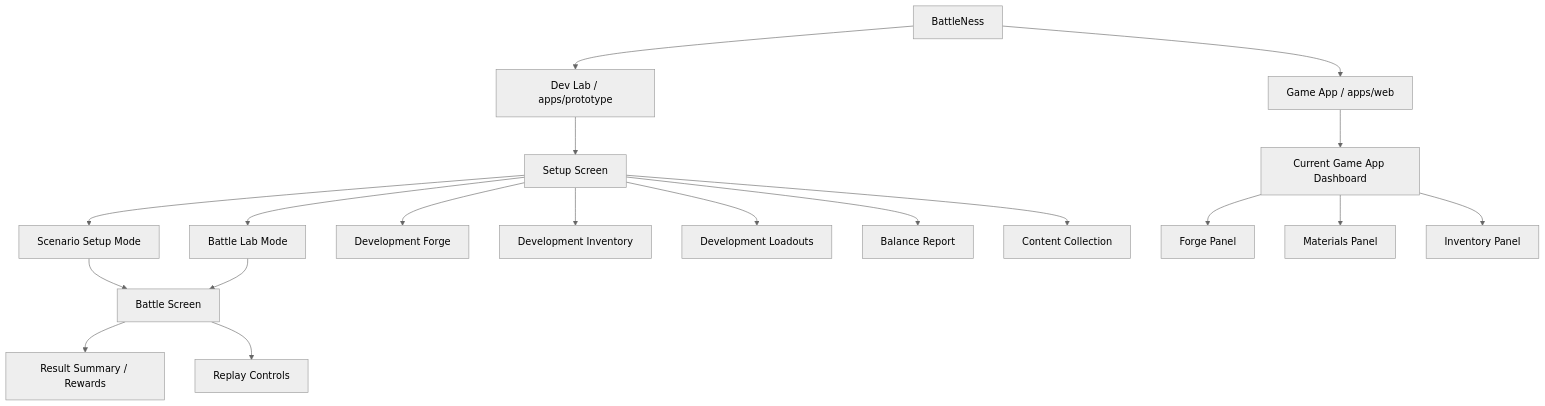
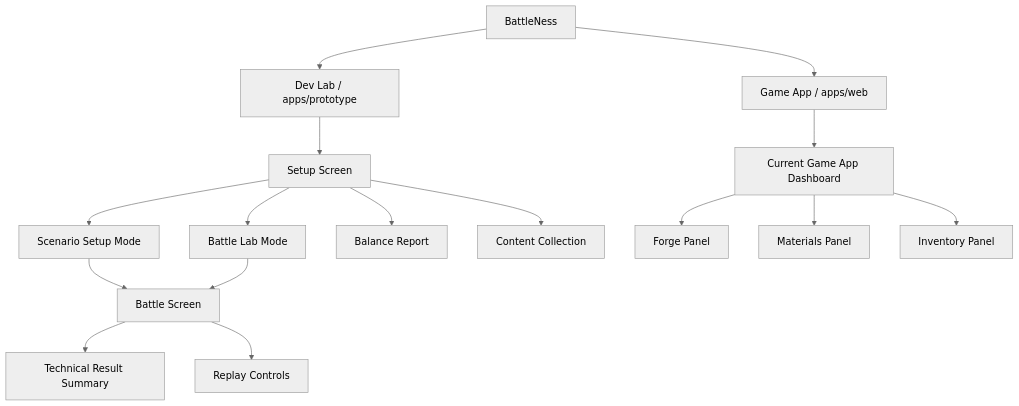
One commit to drezr/battleness changed the first of 3 diagrams in docs/UI_WIREFRAMES.md. Above: the diagram before and after it, drawn with Mermaid (neutral theme). The commit also changed other lines of this file and 25 other files, not shown here.

````diff
--- a/docs/UI_WIREFRAMES.md
+++ b/docs/UI_WIREFRAMES.md
@@ -17,24 +17,21 @@
 ```mermaid
 flowchart TD
   Root["BattleNess"]
   Root --> DevLab["Dev Lab / apps/prototype"]
   Root --> GameApp["Game App / apps/web"]
 
   DevLab --> Setup["Setup Screen"]
   Setup --> ScenarioMode["Scenario Setup Mode"]
   Setup --> BattleLabMode["Battle Lab Mode"]
-  Setup --> DevForge["Development Forge"]
-  Setup --> DevInventory["Development Inventory"]
-  Setup --> Loadouts["Development Loadouts"]
   Setup --> Balance["Balance Report"]
   Setup --> Collection["Content Collection"]
   ScenarioMode --> Battle["Battle Screen"]
   BattleLabMode --> Battle
-  Battle --> Result["Result Summary / Rewards"]
+  Battle --> Result["Technical Result Summary"]
   Battle --> Replay["Replay Controls"]
 
   GameApp --> AppDashboard["Current Game App Dashboard"]
   AppDashboard --> WebForge["Forge Panel"]
   AppDashboard --> WebMaterials["Materials Panel"]
   AppDashboard --> WebInventory["Inventory Panel"]
 ```
````
